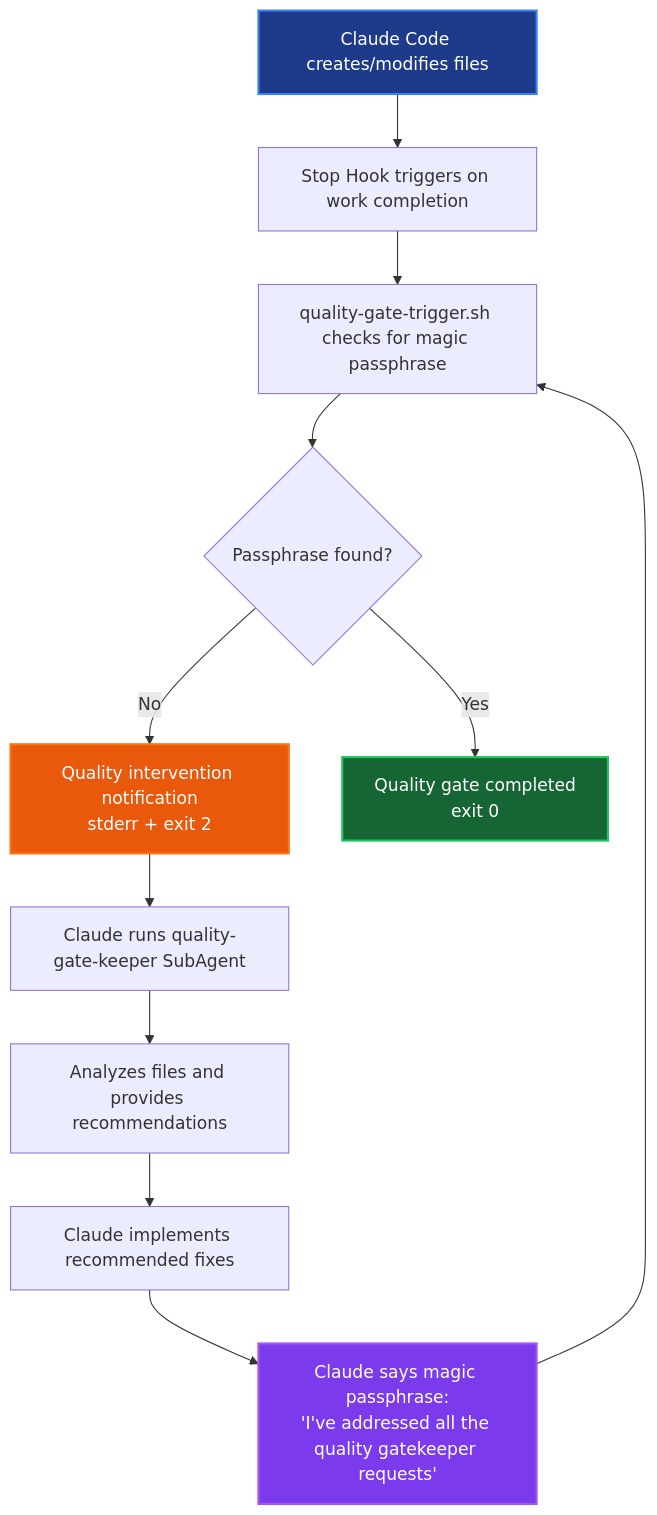
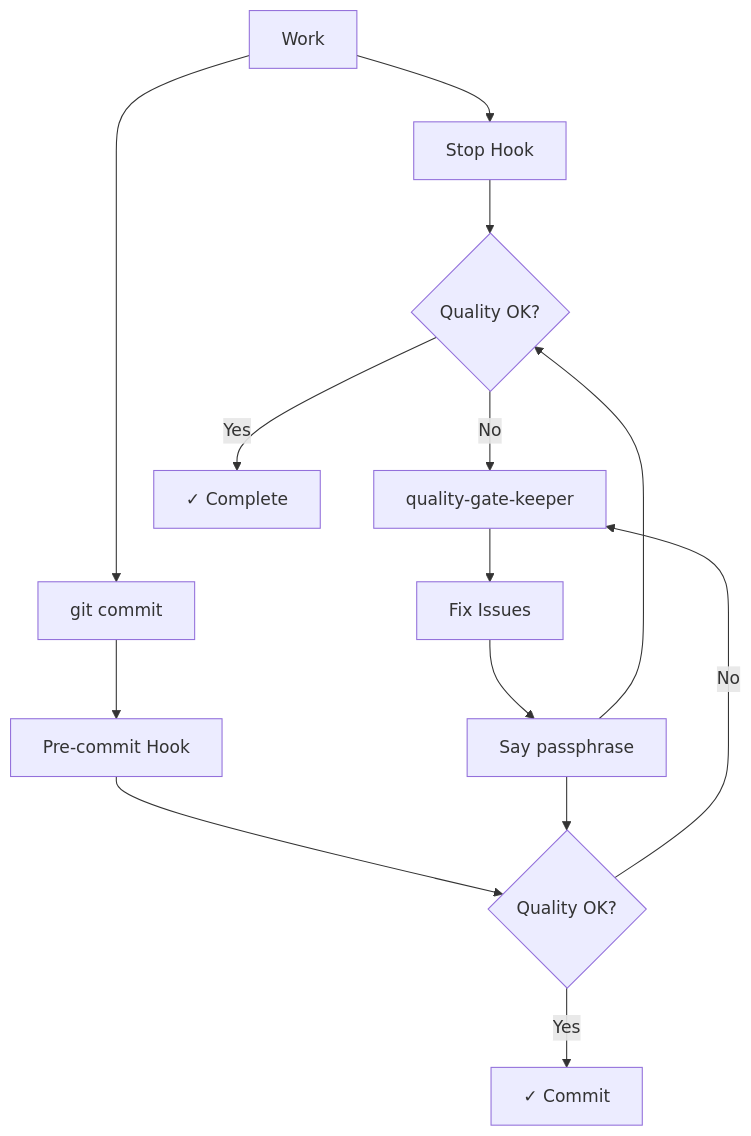
Before and after one commit to takahirom/claude-code-quality-gate-example: the diagram in README.md, drawn with Mermaid. The commit also changed other lines of this file and 1 other file, not shown here.

Commit message:
Update README with dual quality gate system and simplify documentation

````diff
--- a/README.md
+++ b/README.md
@@ -19,20 +16,16 @@
 ```mermaid
 flowchart TD
-    A[Claude Code creates/modifies files] --> B[Stop Hook triggers on work completion]
-    B --> C[quality-gate-trigger.sh checks for magic passphrase]
-    C --> D{Passphrase found?}
-    
-    D -->|No| E[Quality intervention notification<br/>stderr + exit 2]
-    E --> F[Claude runs quality-gate-keeper SubAgent]
-    F --> G[Analyzes files and provides recommendations]
-    G --> H[Claude implements recommended fixes]
-    H --> I[Claude says magic passphrase:<br/>'I've addressed all the quality gatekeeper requests']
-    I --> C
-    
-    D -->|Yes| J[Quality gate completed<br/>exit 0]
-    
-    style A fill:#1e3a8a,stroke:#3b82f6,stroke-width:2px,color:#fff
-    style J fill:#166534,stroke:#22c55e,stroke-width:2px,color:#fff
-    style E fill:#ea580c,stroke:#f97316,stroke-width:2px,color:#fff
-    style I fill:#7c3aed,stroke:#a855f7,stroke-width:2px,color:#fff
+    A[Work] --> B[Stop Hook]
+    A --> C[git commit] 
+    B --> D{Quality OK?}
+    C --> E[Pre-commit Hook]
+    E --> F{Quality OK?}
+    D -->|No| G[quality-gate-keeper]
+    F -->|No| G
+    G --> H[Fix Issues]
+    H --> I[Say passphrase]
+    I --> D
+    I --> F
+    D -->|Yes| J[✓ Complete]
+    F -->|Yes| K[✓ Commit]
 ```
````
